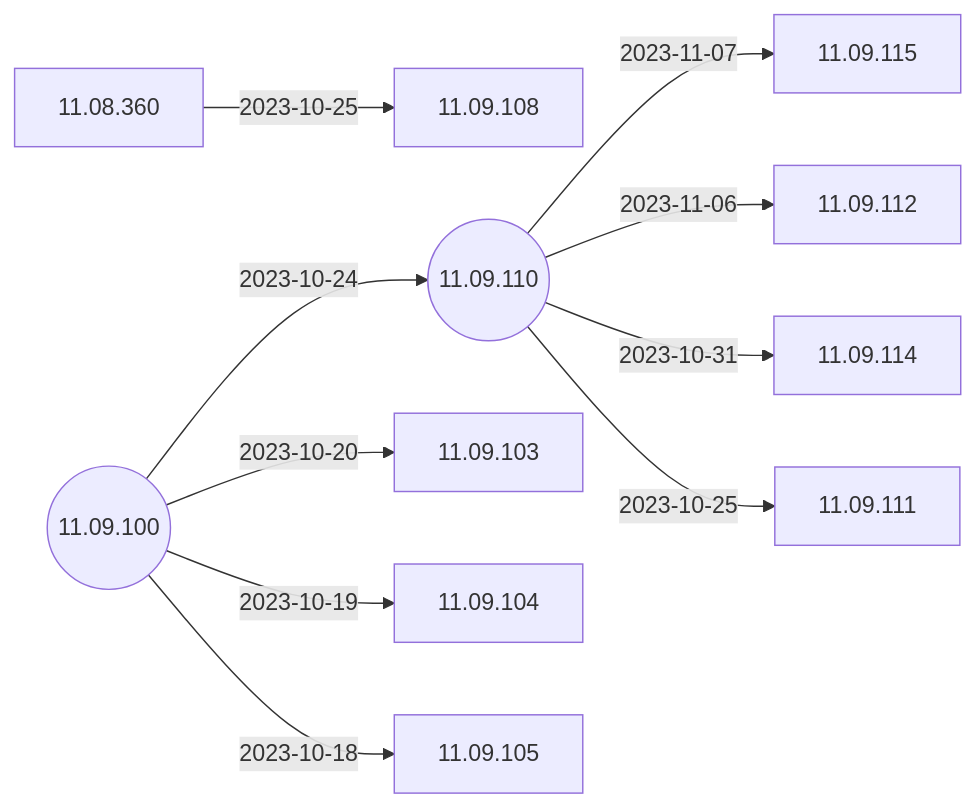
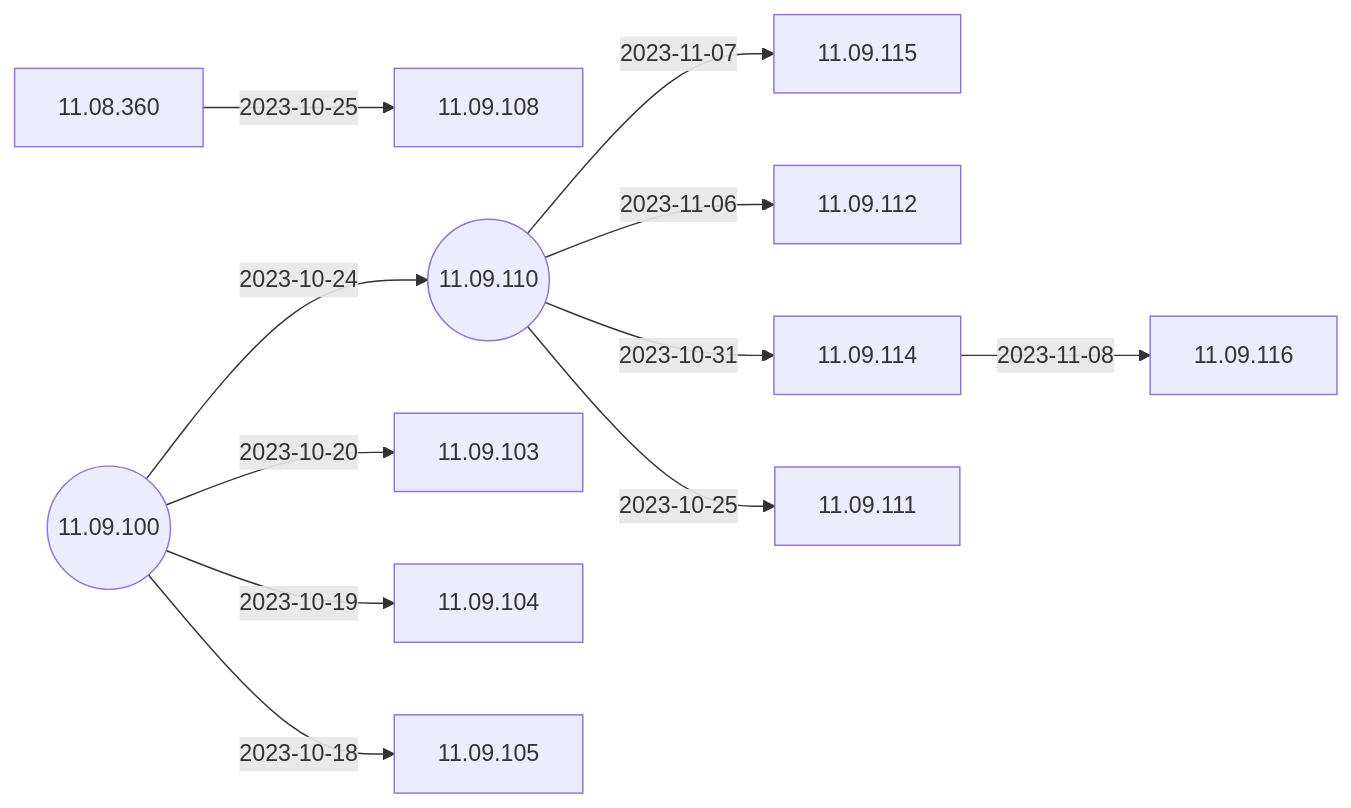
Before and after one commit to IGEL-Community/IGEL-Docs-v02: the second of 5 diagrams in docs/Docs/ReleaseNotes/01-OS11/README.md, drawn with Mermaid. The commit also changed 2 other files, not shown here.

Commit message:
11.09.116 < 11.09.114

````diff
--- a/docs/Docs/ReleaseNotes/01-OS11/README.md
+++ b/docs/Docs/ReleaseNotes/01-OS11/README.md
@@ -41,23 +41,25 @@
 ```mermaid
 flowchart LR
+    11.09.114-- 2023-11-08 -->11.09.116
     11.09.110-- 2023-11-07 -->11.09.115
     11.09.110-- 2023-11-06 -->11.09.112
     11.09.110-- 2023-10-31 -->11.09.114
     11.08.360-- 2023-10-25 -->11.09.108
     11.09.110-- 2023-10-25 -->11.09.111
     11.09.100-- 2023-10-24 -->11.09.110((11.09.110))
     11.09.100-- 2023-10-20 -->11.09.103
     11.09.100-- 2023-10-19 -->11.09.104
     11.09.100-- 2023-10-18 -->11.09.105
     11.09.100((11.09.100))
+    click 11.09.116 "https://github.com/IGEL-Community/IGEL-Docs-v02/tree/main/docs/Docs/ReleaseNotes/01-OS11/readme11.09.116.txt" _blank
     click 11.09.115 "https://github.com/IGEL-Community/IGEL-Docs-v02/tree/main/docs/Docs/ReleaseNotes/01-OS11/readme11.09.115.txt" _blank
     click 11.09.112 "https://github.com/IGEL-Community/IGEL-Docs-v02/tree/main/docs/Docs/ReleaseNotes/01-OS11/readme11.09.112.txt" _blank
     click 11.09.114 "https://github.com/IGEL-Community/IGEL-Docs-v02/tree/main/docs/Docs/ReleaseNotes/01-OS11/readme11.09.114.txt" _blank
     click 11.09.108 "https://github.com/IGEL-Community/IGEL-Docs-v02/tree/main/docs/Docs/ReleaseNotes/01-OS11/readme11.09.108.txt" _blank
     click 11.09.111 "https://github.com/IGEL-Community/IGEL-Docs-v02/tree/main/docs/Docs/ReleaseNotes/01-OS11/readme11.09.111.txt" _blank
     click 11.09.110 "https://github.com/IGEL-Community/IGEL-Docs-v02/tree/main/docs/Docs/ReleaseNotes/01-OS11/readme11.09.110.txt" _blank
     click 11.09.103 "https://github.com/IGEL-Community/IGEL-Docs-v02/tree/main/docs/Docs/ReleaseNotes/01-OS11/readme11.09.103.txt" _blank
     click 11.09.104 "https://github.com/IGEL-Community/IGEL-Docs-v02/tree/main/docs/Docs/ReleaseNotes/01-OS11/readme11.09.104.txt" _blank
     click 11.09.105 "https://github.com/IGEL-Community/IGEL-Docs-v02/tree/main/docs/Docs/ReleaseNotes/01-OS11/readme11.09.105.txt" _blank
     click 11.09.100 "https://github.com/IGEL-Community/IGEL-Docs-v02/tree/main/docs/Docs/ReleaseNotes/01-OS11/readme11.09.100.txt" _blank
 ```
````
